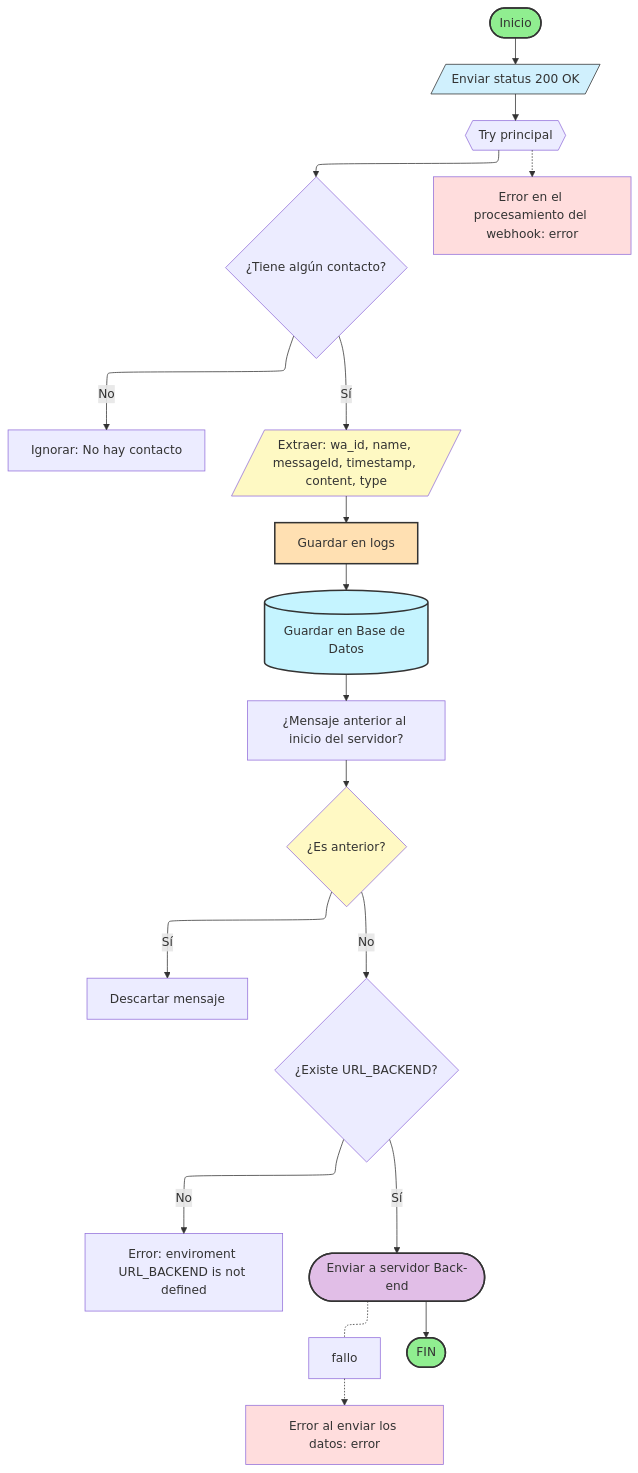
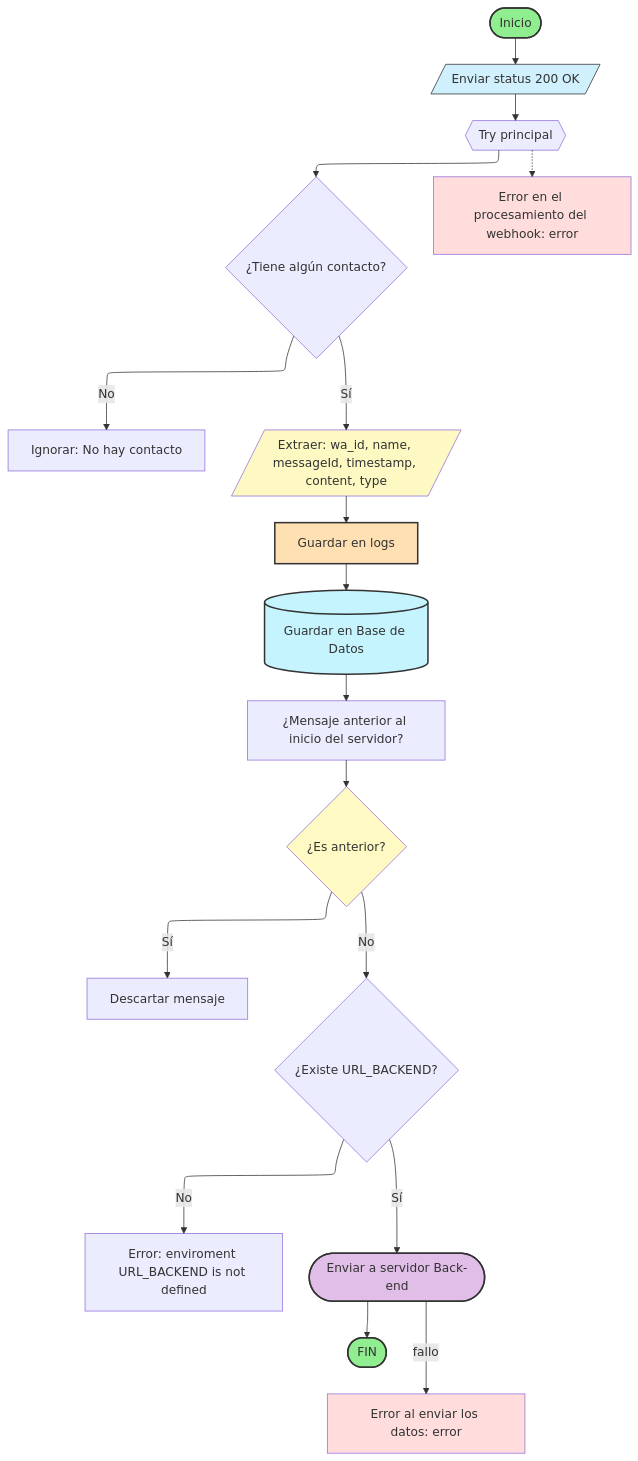
Before and after one commit to PePeWee07/WhatsAppApiCloud_ApiRest: the diagram in doc/diagramFlows/flow_Webhook.mermaid, drawn with Mermaid. The commit also changed 2 other files, not shown here.

Commit message:
refactor diagram flows

```diff
--- a/doc/diagramFlows/flow_Webhook.mermaid
+++ b/doc/diagramFlows/flow_Webhook.mermaid
@@ -1,38 +1,35 @@
 ---
 config:
   theme: mc
   look: classic
   layout: elk
 ---
 flowchart TD
     n1(["Inicio"]) --> n2[/"Enviar status 200 OK"/]
     n2 --> n2a{{"Try principal"}}
     n2a --> n3{"¿Tiene algún contacto?"}
     n2a -.-> err1["Error en el procesamiento del webhook: error"]
     n3 -- No --> n3a["Ignorar: No hay contacto"]
     n3 -- Sí --> n3b[/"Extraer: wa_id, name, messageId, timestamp, content, type"/]
     n3b --> logStep["Guardar en logs"]
     logStep --> dbStep[("Guardar en Base de Datos")]
     dbStep --> n4["¿Mensaje anterior al inicio del servidor?"]
     n4 --> n4a{"¿Es anterior?"}
     n4a -- Sí --> descartar["Descartar mensaje"]
     n4a -- No --> n5{"¿Existe URL_BACKEND?"}
     n5 -- No --> n5a["Error: enviroment URL_BACKEND is not defined"]
     n5 -- Sí --> sendTrap(["Enviar a servidor Back-end"])
-    sendTrap -.- fallo["fallo"]
-    fallo -.-> err2["Error al enviar los datos: error"]
+    sendTrap -- fallo --> err2["Error al enviar los datos: error"]
     sendTrap --> n23(["FIN"])
-     logStep:::log
-     logStep:::log
-     dbStep:::db
-     dbStep:::db
+    logStep:::log
+    dbStep:::db
     classDef db fill:#c5f4ff,stroke:#333,stroke-width:2
     classDef log fill:#ffe0b2,stroke:#333,stroke-width:2
     style n1 fill:lightgreen,stroke:#333,stroke-width:2
     style n2 fill:#d0f0fd,stroke:#333
     style err1 fill:#fdd
     style n3b fill:#fef9c3
     style n4a fill:#fff9c4
     style sendTrap fill:#e1bee7,stroke:#333,stroke-width:2
     style err2 fill:#fdd
     style n23 fill:lightgreen,stroke:#333,stroke-width:2
```
